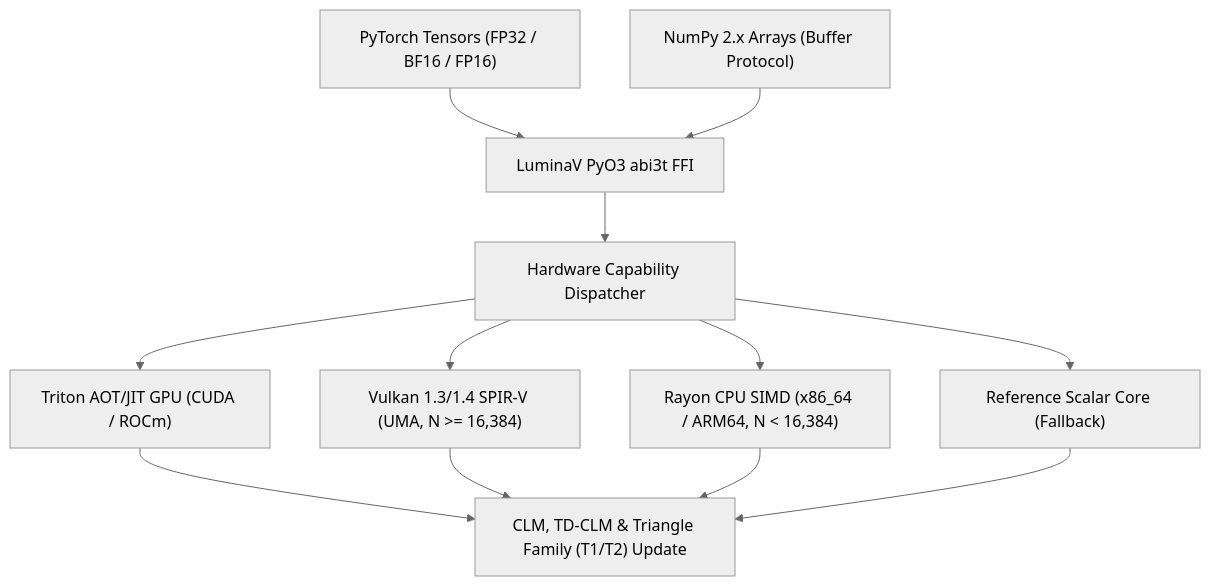
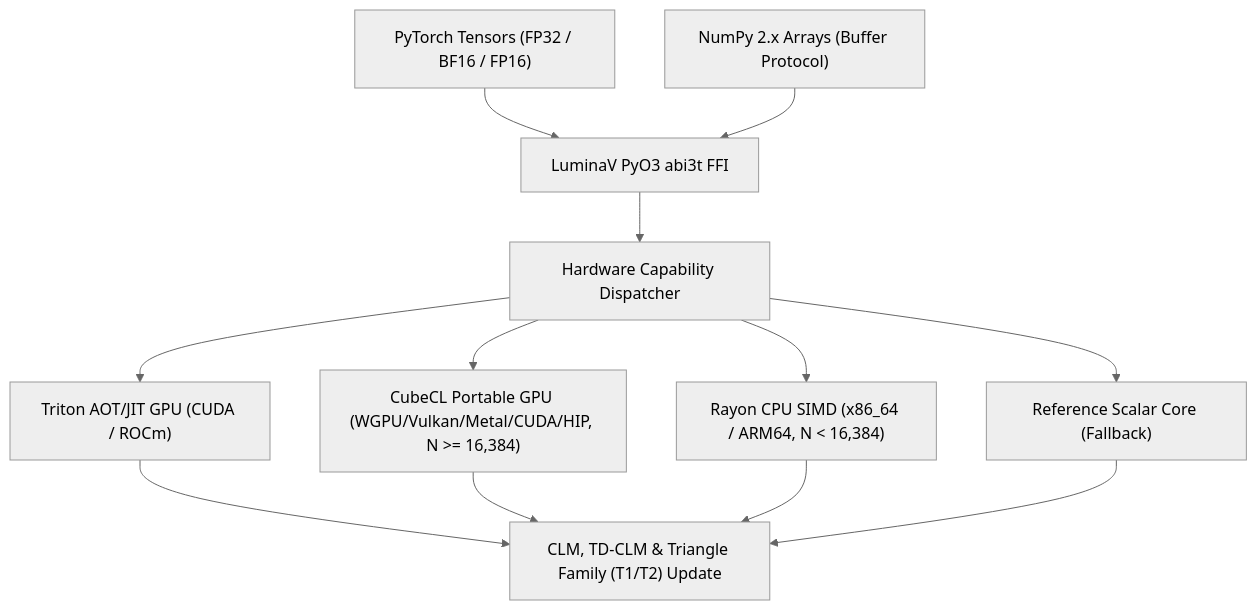
The diagram in optimizer/README.md (cloverx-id/luminamoon), drawn with Mermaid (neutral theme) before and after one commit. The commit also changed other lines of this file and 42 other files, not shown here.

First line of the commit message:
refactor(optimizer): retire luminav-vulkan crate in favor of CubeCL backend

````diff
--- a/optimizer/README.md
+++ b/optimizer/README.md
@@ -24,11 +24,11 @@
 ```mermaid
 flowchart TD
     PyTorch["PyTorch Tensors (FP32 / BF16 / FP16)"] --> FFI["LuminaV PyO3 abi3t FFI"]
     NumPy["NumPy 2.x Arrays (Buffer Protocol)"] --> FFI
     FFI --> Dispatcher["Hardware Capability Dispatcher"]
     Dispatcher --> Triton["Triton AOT/JIT GPU (CUDA / ROCm)"]
-    Dispatcher --> Vulkan["Vulkan 1.3/1.4 SPIR-V (UMA, N >= 16,384)"]
+    Dispatcher --> CubeCL["CubeCL Portable GPU (WGPU/Vulkan/Metal/CUDA/HIP, N >= 16,384)"]
     Dispatcher --> SIMD["Rayon CPU SIMD (x86_64 / ARM64, N < 16,384)"]
     Dispatcher --> Scalar["Reference Scalar Core (Fallback)"]
-    Triton & Vulkan & SIMD & Scalar --> Math["CLM, TD-CLM & Triangle Family (T1/T2) Update"]
+    Triton & CubeCL & SIMD & Scalar --> Math["CLM, TD-CLM & Triangle Family (T1/T2) Update"]
 ```
````
